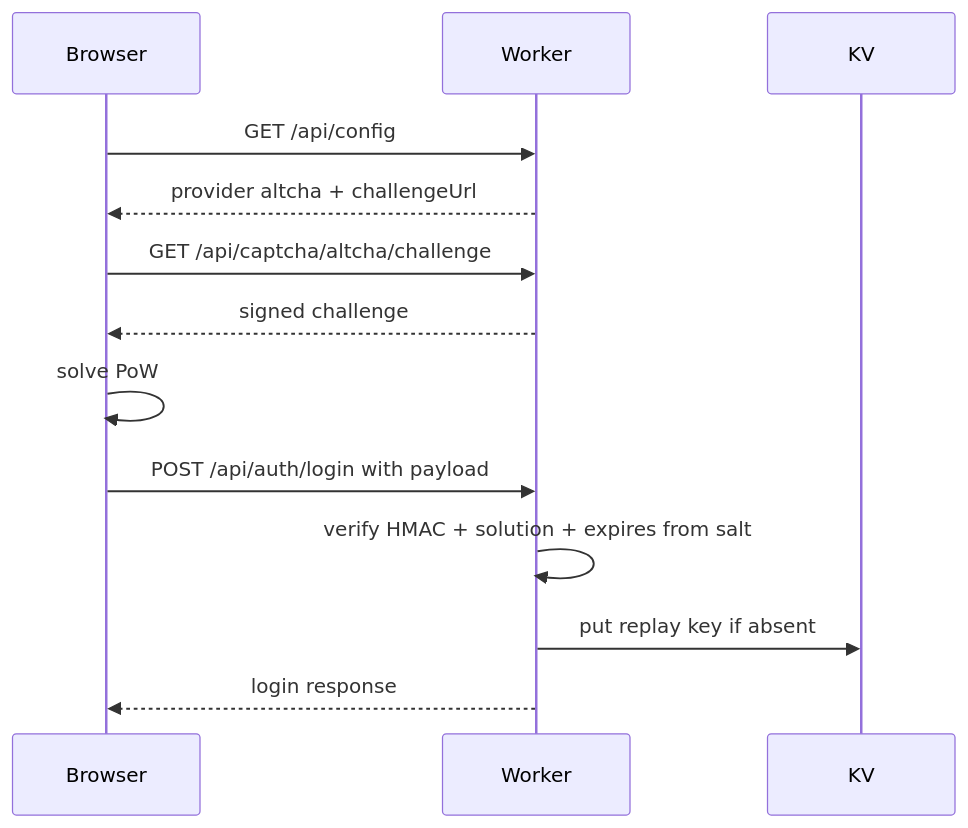
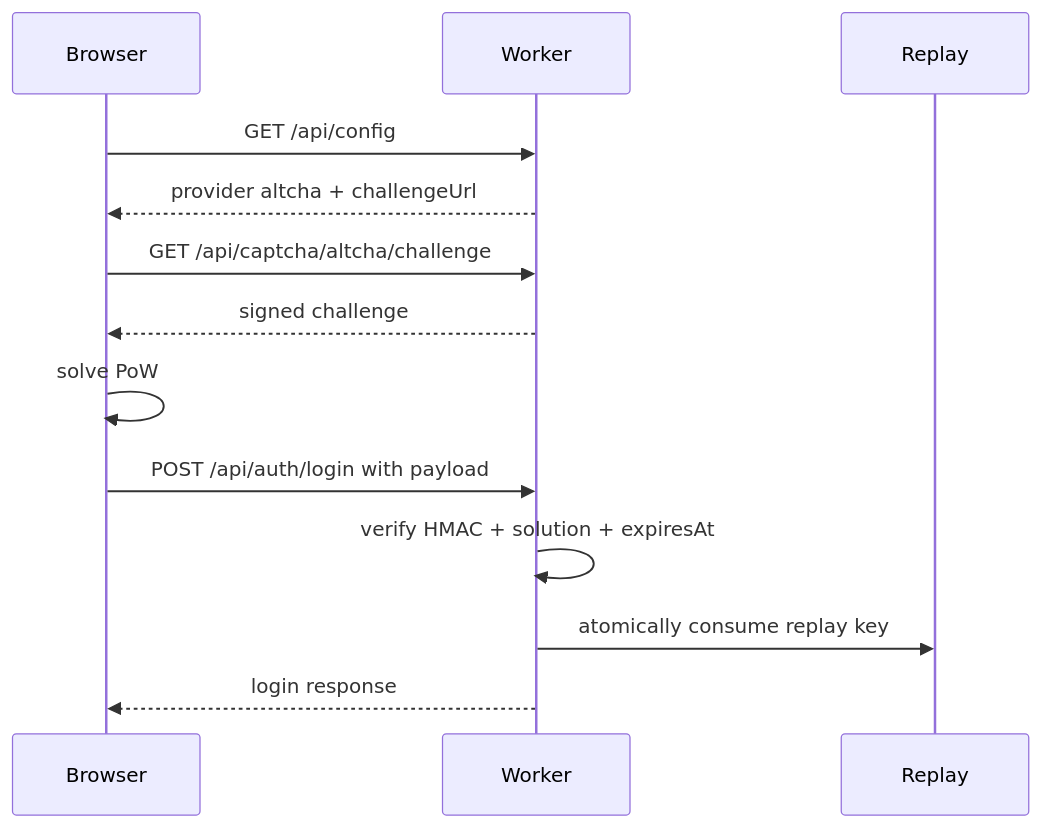
One commit to StormBlue/edge-muse-platform changed the second of 2 diagrams in docs/altcha-captcha/requirements.md. Above: the diagram before and after it, drawn with Mermaid. The commit also changed other lines of this file and 18 other files, not shown here.

````diff
--- a/docs/altcha-captcha/requirements.md
+++ b/docs/altcha-captcha/requirements.md
@@ -263,12 +263,12 @@
 ```mermaid
 sequenceDiagram
   Browser->>Worker: GET /api/config
   Worker-->>Browser: provider altcha + challengeUrl
   Browser->>Worker: GET /api/captcha/altcha/challenge
   Worker-->>Browser: signed challenge
   Browser->>Browser: solve PoW
   Browser->>Worker: POST /api/auth/login with payload
-  Worker->>Worker: verify HMAC + solution + expires from salt
-  Worker->>KV: put replay key if absent
+  Worker->>Worker: verify HMAC + solution + expiresAt
+  Worker->>Replay: atomically consume replay key
   Worker-->>Browser: login response
 ```
````
